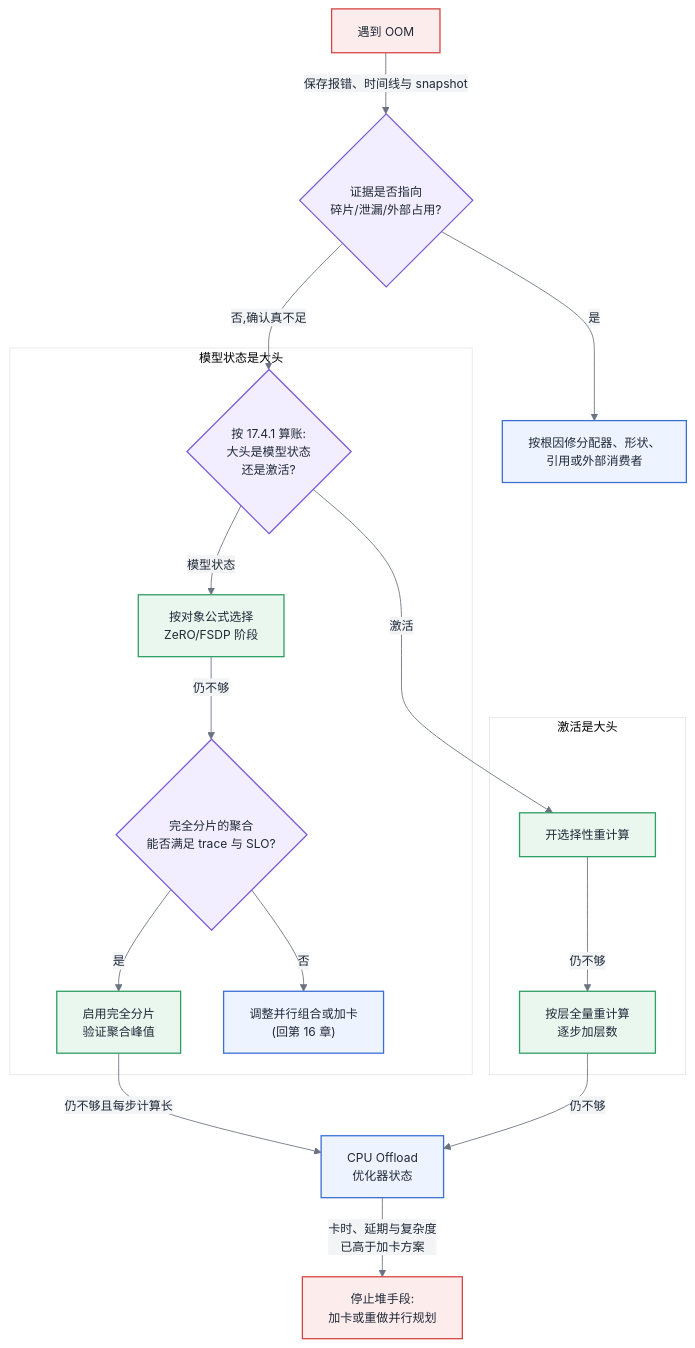
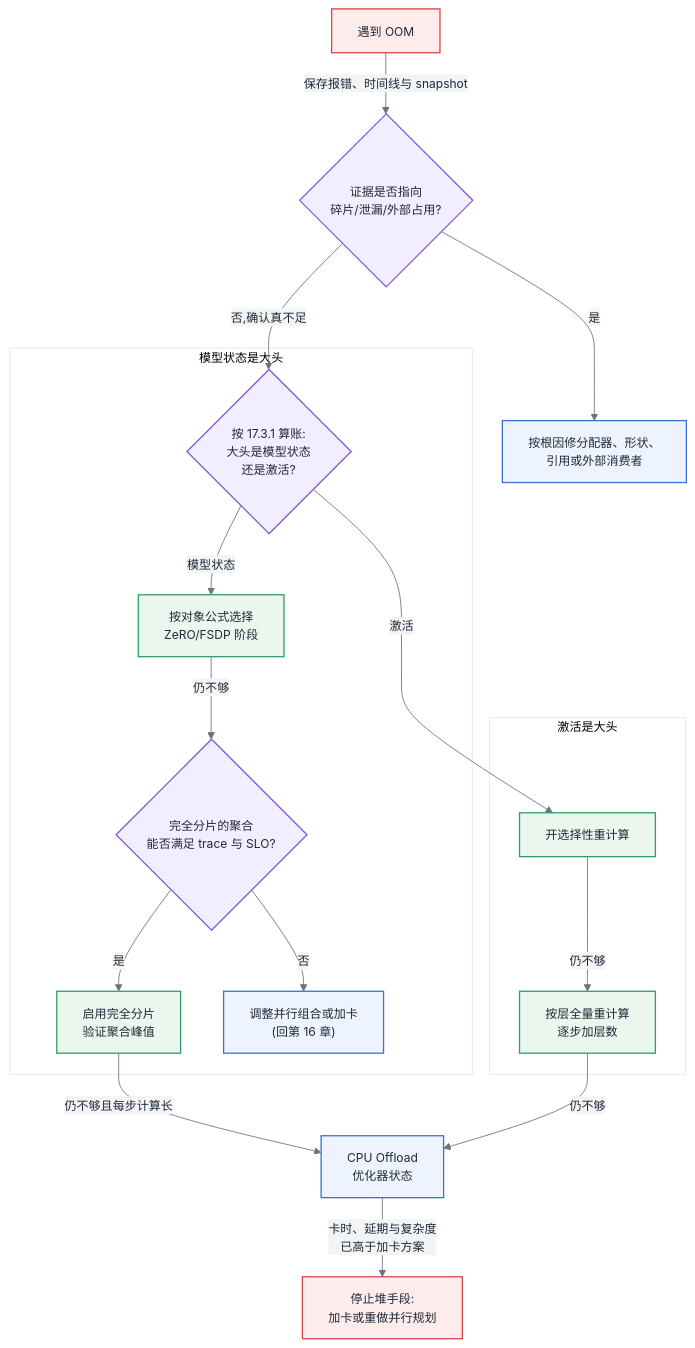
Before and after one commit to cdavid817/AI-Infra: the second of 2 diagrams in 第四部分-训练系统/第17章-显存与训练侧精度机制.md, drawn with Mermaid. The commit also changed other lines of this file and 10 other files, not shown here.

Commit message:
docs: fix figure numbering and stale section cross-references

````diff
--- a/第四部分-训练系统/第17章-显存与训练侧精度机制.md
+++ b/第四部分-训练系统/第17章-显存与训练侧精度机制.md
@@ -279,32 +279,32 @@
 ```mermaid
 %%{init: {'theme':'base','themeVariables':{
   'primaryColor':'#EEF4FF','primaryBorderColor':'#3B6FD4','primaryTextColor':'#1F2937',
   'secondaryColor':'#F3F4F6','tertiaryColor':'#FFFFFF',
   'lineColor':'#6B7280','fontFamily':'-apple-system, Segoe UI, Helvetica, Arial, sans-serif','fontSize':'14px'
 }}}%%
 flowchart TB
     classDef compute fill:#EEF4FF,stroke:#3B6FD4,stroke-width:1.5px,color:#1F2937
     classDef data fill:#E9F7EF,stroke:#2E9E64,stroke-width:1.5px,color:#1F2937
     classDef ctrl fill:#F3EEFF,stroke:#7C5CD4,stroke-width:1.5px,color:#1F2937
     classDef fault fill:#FDECEC,stroke:#D64545,stroke-width:1.5px,color:#1F2937
 
     S[遇到 OOM]:::fault -->|"保存报错、时间线与 snapshot"| F{证据是否指向<br/>碎片/泄漏/外部占用?}:::ctrl
     F -->|是| F1["按根因修分配器、形状、<br/>引用或外部消费者"]:::compute
-    F -->|否,确认真不足| A{按 17.4.1 算账:<br/>大头是模型状态<br/>还是激活?}:::ctrl
+    F -->|否,确认真不足| A{按 17.3.1 算账:<br/>大头是模型状态<br/>还是激活?}:::ctrl
 
     subgraph 模型状态路线["模型状态是大头"]
         A -->|"模型状态"| B["按对象公式选择<br/>ZeRO/FSDP 阶段"]:::data
         B -->|仍不够| C{"完全分片的聚合<br/>能否满足 trace 与 SLO?"}:::ctrl
         C -->|是| D["启用完全分片<br/>验证聚合峰值"]:::data
         C -->|否| E["调整并行组合或加卡<br/>(回第 16 章)"]:::compute
     end
 
     subgraph 激活路线["激活是大头"]
         A -->|"激活"| G["开选择性重计算"]:::data
         G -->|仍不够| H["按层全量重计算<br/>逐步加层数"]:::data
     end
 
     D -->|"仍不够且每步计算长"| I["CPU Offload<br/>优化器状态"]:::compute
     H -->|仍不够| I
     I -->|"卡时、延期与复杂度<br/>已高于加卡方案"| J["停止堆手段:<br/>加卡或重做并行规划"]:::fault
 ```
````
